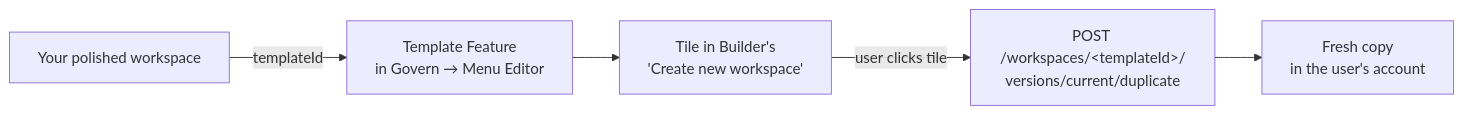
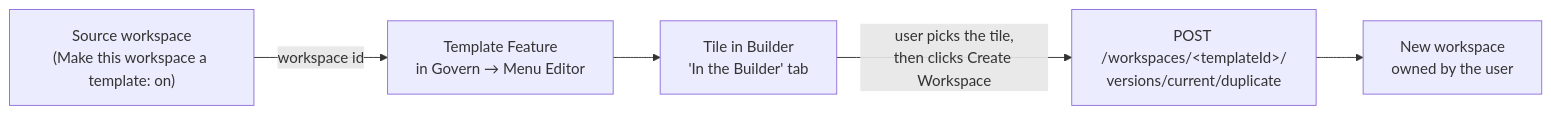
Before and after one commit to prismeai/docs: the diagram in products/ai-governance/workspace-templates.mdx, drawn with Mermaid. The commit also changed other lines of this file and 1 other file, not shown here.

First line of the commit message:
docs(ai-governance): align workspace templates page with current product

````diff
--- a/products/ai-governance/workspace-templates.mdx
+++ b/products/ai-governance/workspace-templates.mdx
@@ -20,7 +21,7 @@
 ```mermaid
 flowchart LR
-  A[Your polished workspace] -->|"templateId"| B[Template Feature<br/>in Govern → Menu Editor]
-  B --> C["Tile in Builder's<br/>'Create new workspace'"]
-  C -->|"user clicks tile"| D[POST /workspaces/&lt;templateId&gt;/<br/>versions/current/duplicate]
-  D --> E[Fresh copy<br/>in the user's account]
+  A["Source workspace<br/>(Make this workspace a template: on)"] -->|"workspace id"| B["Template Feature<br/>in Govern → Menu Editor"]
+  B --> C["Tile in Builder<br/>'In the Builder' tab"]
+  C -->|"user picks the tile,<br/>then clicks Create Workspace"| D["POST /workspaces/&lt;templateId&gt;/<br/>versions/current/duplicate"]
+  D --> E["New workspace<br/>owned by the user"]
 ```
````
